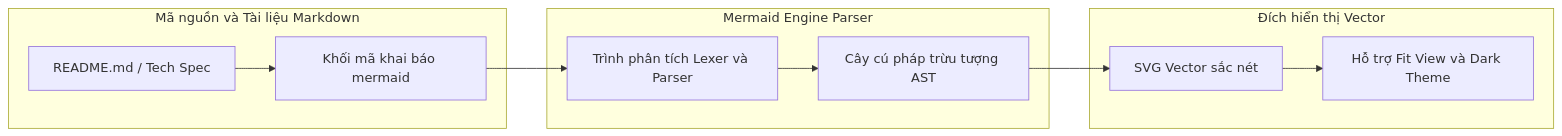
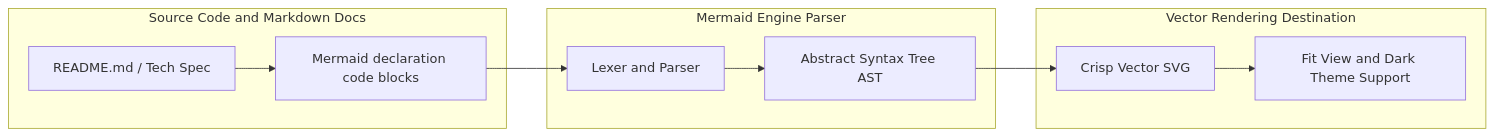
Before and after one commit to ga2631/ga2631.github.io: the first of 2 diagrams in src/data/blog/en/26-2026-09-16-mastering-mermaid-diagrams-as-code-architecture-tooling.md, drawn with Mermaid. The commit also changed other lines of this file and 74 other files, not shown here.

````diff
--- a/src/data/blog/en/26-2026-09-16-mastering-mermaid-diagrams-as-code-architecture-tooling.md
+++ b/src/data/blog/en/26-2026-09-16-mastering-mermaid-diagrams-as-code-architecture-tooling.md
@@ -37,23 +37,23 @@
 ```mermaid
 flowchart LR
-    subgraph SourceCode [Mã nguồn và Tài liệu Markdown]
+    subgraph SourceCode [Source Code and Markdown Docs]
         MD[README.md / Tech Spec]
-        MermaidCode[Khối mã khai báo mermaid]
+        MermaidCode[Mermaid declaration code blocks]
     end
 
     subgraph CompilerEngine [Mermaid Engine Parser]
-        Lexer[Trình phân tích Lexer và Parser]
-        AST[Cây cú pháp trừu tượng AST]
+        Lexer[Lexer and Parser]
+        AST[Abstract Syntax Tree AST]
     end
 
-    subgraph RenderTarget [Đích hiển thị Vector]
-        SVG[SVG Vector sắc nét]
-        InteractiveUI[Hỗ trợ Fit View và Dark Theme]
+    subgraph RenderTarget [Vector Rendering Destination]
+        SVG[Crisp Vector SVG]
+        InteractiveUI[Fit View and Dark Theme Support]
     end
 
     MD --> MermaidCode
     MermaidCode --> Lexer
     Lexer --> AST
     AST --> SVG
     SVG --> InteractiveUI
 ```
````
